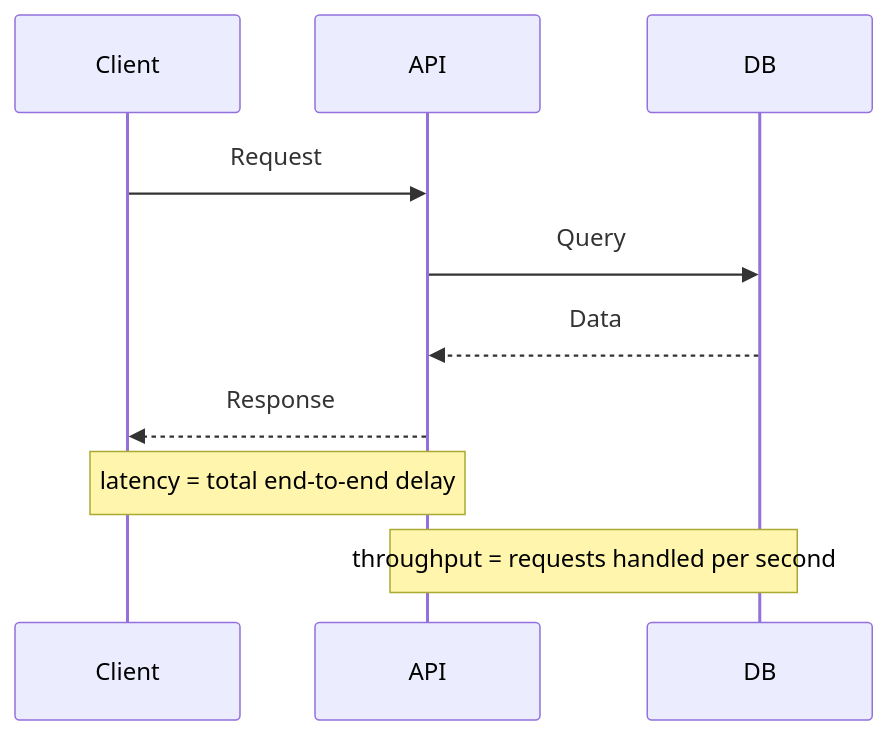
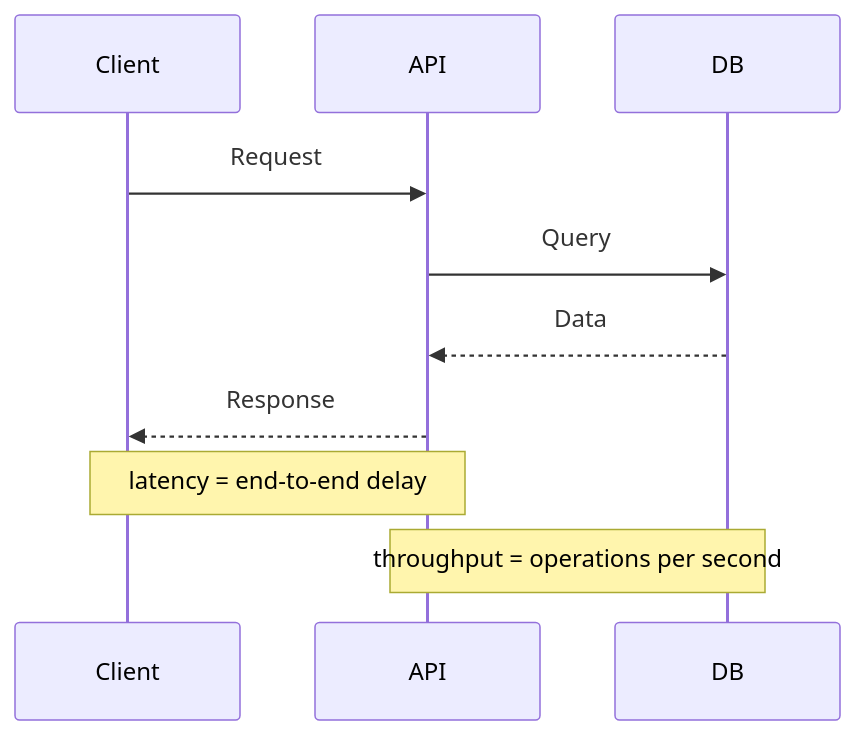
One commit to vsharma2430/LearnDesign changed the second of 2 diagrams in hld/02-hld-core-system-design-concepts/lessons.md. Above: the diagram before and after it, drawn with Mermaid. The commit also changed other lines of this file and 3 other files, not shown here.

````diff
--- a/hld/02-hld-core-system-design-concepts/lessons.md
+++ b/hld/02-hld-core-system-design-concepts/lessons.md
@@ -162,14 +141,14 @@
 ```mermaid
 sequenceDiagram
     participant Client
     participant API
     participant DB
 
     Client->>API: Request
     API->>DB: Query
     DB-->>API: Data
     API-->>Client: Response
 
-    Note over Client,API: latency = total end-to-end delay
-    Note over API,DB: throughput = requests handled per second
+    Note over Client,API: latency = end-to-end delay
+    Note over API,DB: throughput = operations per second
 ```
````
